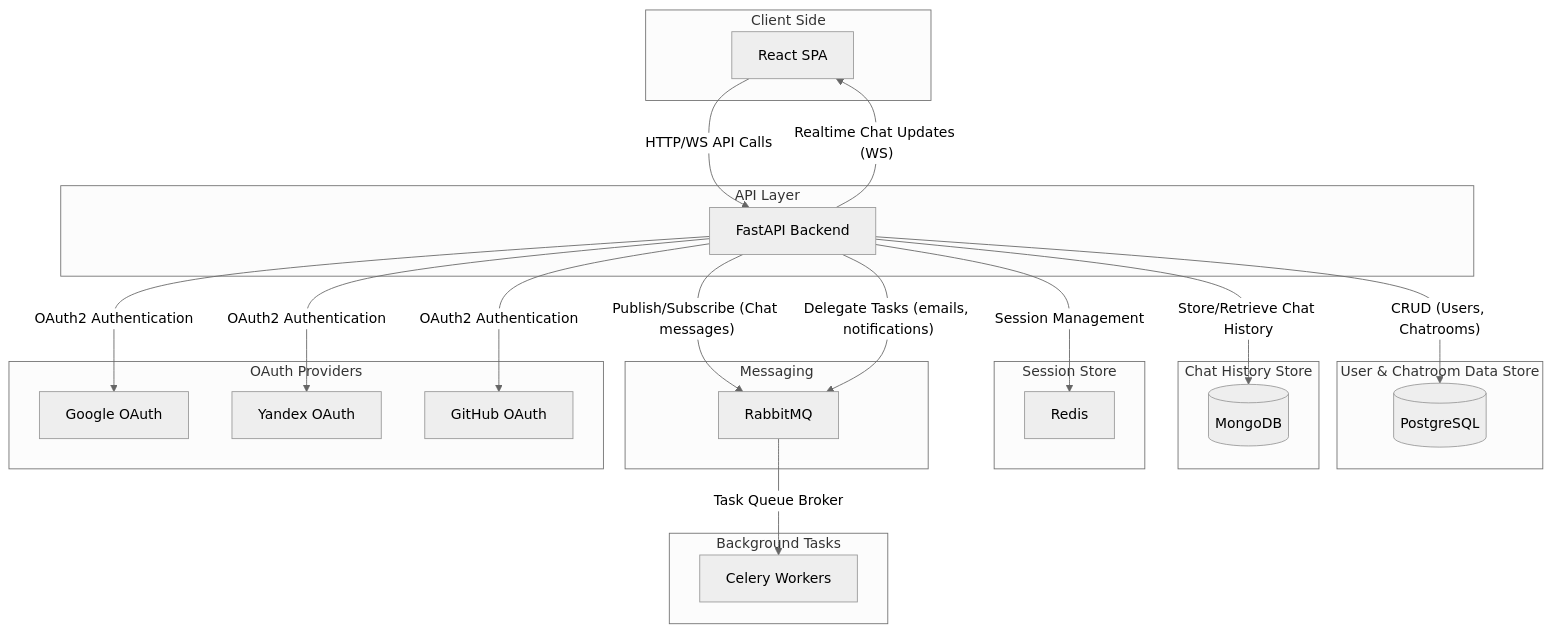
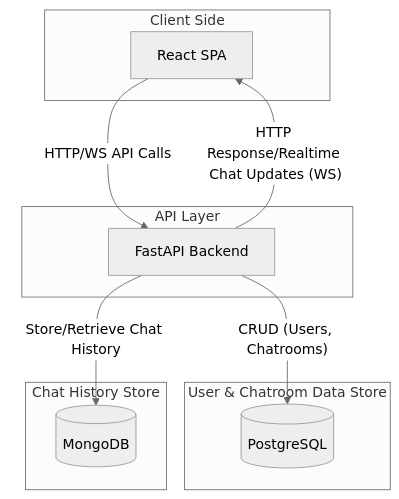
The first of 2 diagrams in README.md (MrAnatoliy/Messenger-v3), drawn with Mermaid (neutral theme) before and after one commit.

````diff
--- a/README.md
+++ b/README.md
@@ -10,62 +10,31 @@
 ``` mermaid
 graph TD
     %% Client Layer
     subgraph "Client Side"
         SPA[React SPA]
     end
 
     %% API / Business Logic Layer
     subgraph "API Layer"
         API[FastAPI Backend]
     end
 
     %% Data Stores
     subgraph "User & Chatroom Data Store"
         PG[(PostgreSQL)]
     end
 
     subgraph "Chat History Store"
         MONGO[(MongoDB)]
     end
 
-    subgraph "Session Store"
-        REDIS[Redis]
-    end
-
-    %% Messaging and Background Tasks
-    subgraph "Messaging"
-        RABBIT[RabbitMQ]
-    end
-
-    subgraph "Background Tasks"
-        CELERY[Celery Workers]
-    end
-
-    %% OAuth Providers for External Authentication
-    subgraph "OAuth Providers"
-        GOOGLE[Google OAuth]
-        YANDEX[Yandex OAuth]
-        GITHUB[GitHub OAuth]
-    end
-
     %% Connections from Client to API
     SPA -- "HTTP/WS API Calls" --> API
 
     %% API interactions with Data Stores
     API -- "CRUD (Users, Chatrooms)" --> PG
     API -- "Store/Retrieve Chat History" --> MONGO
-    API -- "Session Management" --> REDIS
-
-    %% API interactions with Messaging & Tasks
-    API -- "Publish/Subscribe (Chat messages)" --> RABBIT
-    API -- "Delegate Tasks (emails, notifications)" --> RABBIT
-    RABBIT -- "Task Queue Broker" --> CELERY
-
-    %% API interactions with OAuth Providers
-    API -- "OAuth2 Authentication" --> GOOGLE
-    API -- "OAuth2 Authentication" --> YANDEX
-    API -- "OAuth2 Authentication" --> GITHUB
 
     %% Realtime Communication for Chat Updates
-    API -- "Realtime Chat Updates (WS)" --> SPA
+    API -- "HTTP Response/Realtime Chat Updates (WS)" --> SPA
 ```
````
